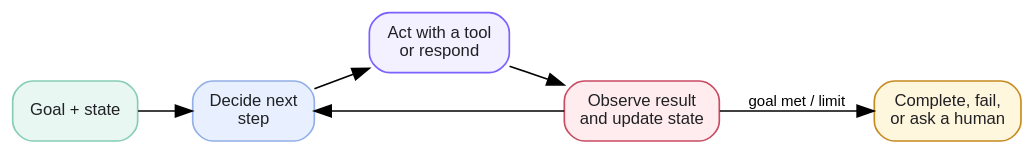
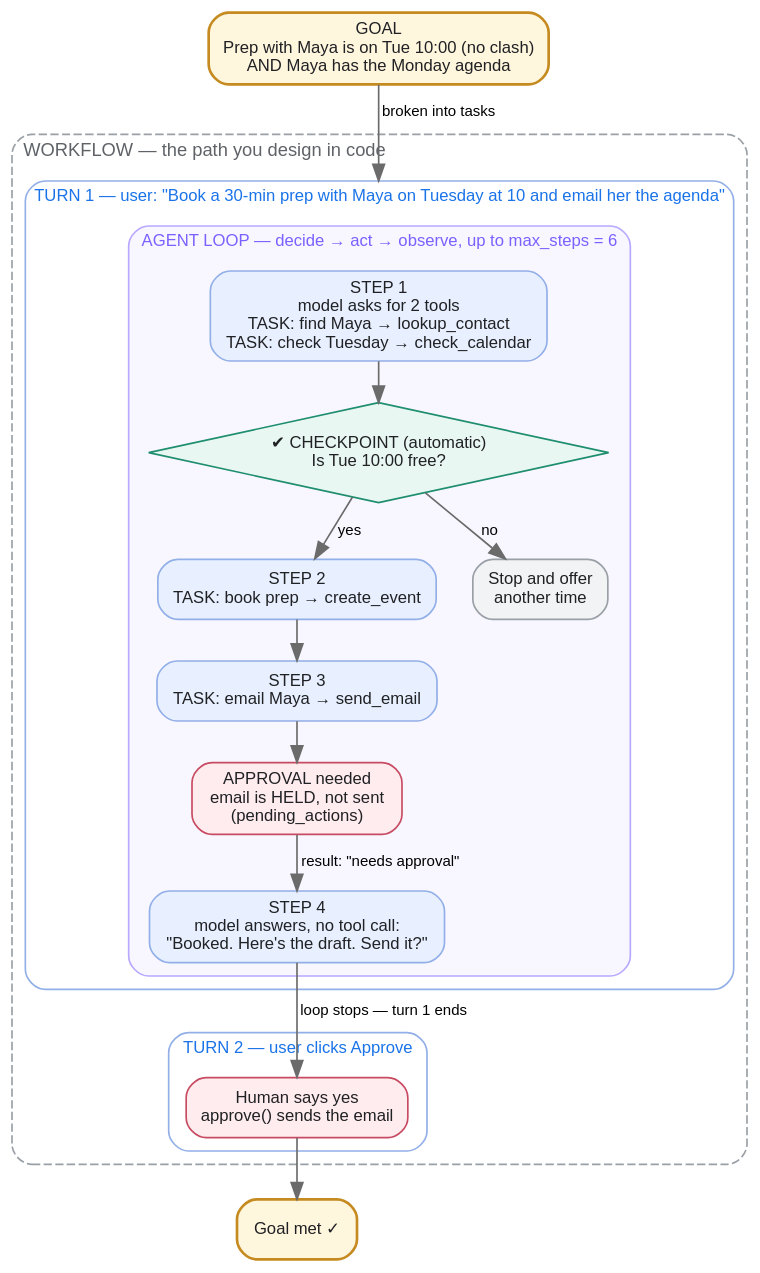
Before and after one commit to lngsa1234/my-llm-playground: the diagram in knowledge_base/week-05-agent-engineering/concepts.md, drawn with Graphviz. The commit also changed other lines of this file, not shown here.

First line of the commit message:
Week 5 concepts: one running example and a diagram for goal, task, agent loop, step, turn, workflow, checkpoint, approval

````diff
--- a/knowledge_base/week-05-agent-engineering/concepts.md
+++ b/knowledge_base/week-05-agent-engineering/concepts.md
@@ -13,13 +17,50 @@
 ```graphviz
-digraph agent_loop {
-  rankdir=LR; bgcolor="transparent"; nodesep=.35; ranksep=.45;
-  node [shape=box style="rounded,filled" fontname="Arial" fontsize=10 fontcolor="#202124" margin=".14,.08"];
-  state [label="Goal + state" fillcolor="#E8F7F2" color="#86CDB7"];
-  decide [label="Decide next\nstep" fillcolor="#E8F0FF" color="#92AFE8"];
-  act [label="Act with a tool\nor respond" fillcolor="#F3F0FF" color="#7B61FF"];
-  observe [label="Observe result\nand update state" fillcolor="#FFECEE" color="#C74B62"];
-  stop [label="Complete, fail,\nor ask a human" fillcolor="#FFF6DE" color="#C68B20"];
-  state -> decide -> act -> observe -> decide;
-  observe -> stop [label=" goal met / limit" fontname="Arial" fontsize=9];
+digraph week5_example {
+  rankdir=TB; bgcolor="transparent"; nodesep=.3; ranksep=.32; compound=true;
+  node [shape=box style="rounded,filled" fontname="Arial" fontsize=10 fontcolor="#202124" margin=".14,.07"];
+  edge [fontname="Arial" fontsize=9 color="#6B6B6B"];
+
+  goal [label="GOAL\nPrep with Maya is on Tue 10:00 (no clash)\nAND Maya has the Monday agenda" fillcolor="#FFF6DE" color="#C68B20" penwidth=1.6];
+
+  subgraph cluster_workflow {
+    label="WORKFLOW — the path you design in code"; labeljust=l; fontname="Arial"; fontsize=11; fontcolor="#5F6368";
+    style="rounded,dashed"; color="#9AA0A6";
+
+    subgraph cluster_turn1 {
+      label="TURN 1 — user: \"Book a 30-min prep with Maya on Tuesday at 10 and email her the agenda\""; labeljust=l;
+      fontname="Arial"; fontsize=10; fontcolor="#1A73E8"; style="rounded"; color="#92AFE8";
+
+      subgraph cluster_loop {
+        label="AGENT LOOP — decide → act → observe, up to max_steps = 6"; labeljust=l;
+        fontname="Arial"; fontsize=10; fontcolor="#7B61FF"; style="rounded,filled"; fillcolor="#F8F6FF"; color="#B9A8FF";
+
+        s1 [label="STEP 1\nmodel asks for 2 tools\nTASK: find Maya → lookup_contact\nTASK: check Tuesday → check_calendar" fillcolor="#E8F0FF" color="#92AFE8"];
+        cp [label="✔ CHECKPOINT (automatic)\nIs Tue 10:00 free?" shape=diamond style="filled" fillcolor="#E8F7F2" color="#1E8E6E" margin=".05,.05"];
+        s2 [label="STEP 2\nTASK: book prep → create_event" fillcolor="#E8F0FF" color="#92AFE8"];
+        s3 [label="STEP 3\nTASK: email Maya → send_email" fillcolor="#E8F0FF" color="#92AFE8"];
+        hold [label="APPROVAL needed\nemail is HELD, not sent\n(pending_actions)" fillcolor="#FFECEE" color="#C74B62"];
+        s4 [label="STEP 4\nmodel answers, no tool call:\n\"Booked. Here's the draft. Send it?\"" fillcolor="#E8F0FF" color="#92AFE8"];
+        busy [label="Stop and offer\nanother time" fillcolor="#F1F3F4" color="#9AA0A6"];
+      }
+    }
+
+    subgraph cluster_turn2 {
+      label="TURN 2 — user clicks Approve"; labeljust=l; fontname="Arial"; fontsize=10; fontcolor="#1A73E8";
+      style="rounded"; color="#92AFE8";
+      approve [label="Human says yes\napprove() sends the email" fillcolor="#FFECEE" color="#C74B62"];
+    }
+  }
+
+  done [label="Goal met ✓" fillcolor="#FFF6DE" color="#C68B20" penwidth=1.6];
+
+  goal -> s1 [lhead=cluster_turn1 label=" broken into tasks"];
+  s1 -> cp;
+  cp -> s2 [label=" yes"];
+  cp -> busy [label=" no"];
+  s2 -> s3;
+  s3 -> hold;
+  hold -> s4 [label=" result: \"needs approval\""];
+  s4 -> approve [label=" loop stops — turn 1 ends"];
+  approve -> done;
 }
 ```
````
